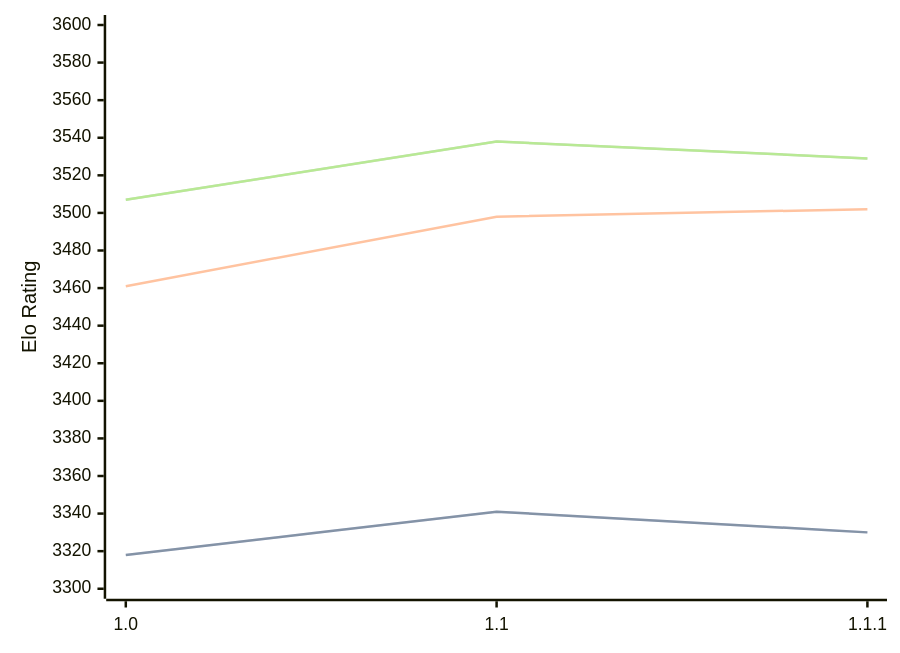
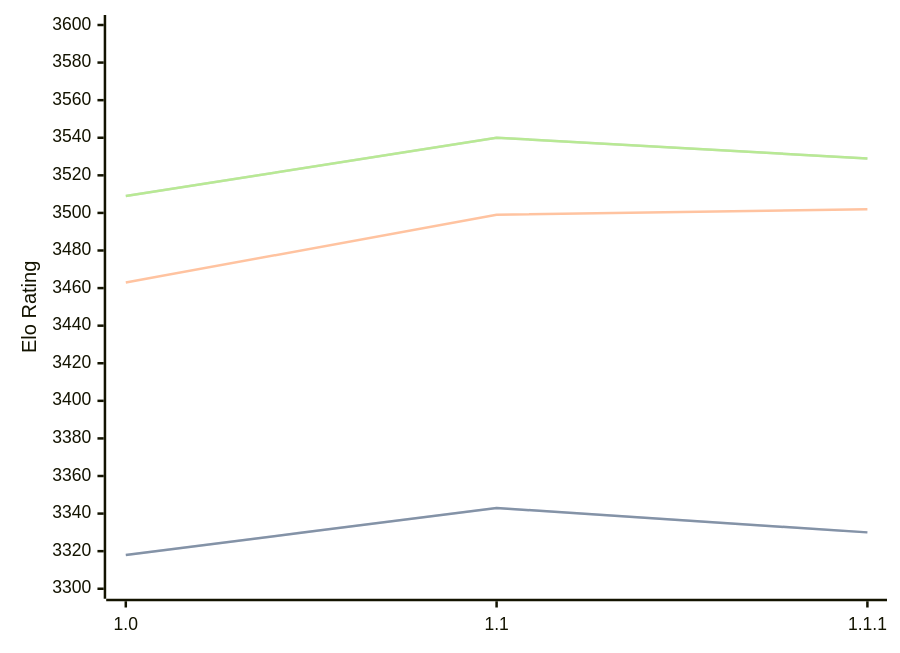
Before and after one commit to computer-chess-index/cci: the diagram in engines/Icarus.md, drawn with Mermaid. The commit also changed other lines of this file, not shown here.

Commit message:
Update CCI Ratings (ELO VLTC) - 2026-09-14

````diff
--- a/engines/Icarus.md
+++ b/engines/Icarus.md
@@ -33,11 +33,11 @@
 ```mermaid
 %%{init: {"theme":"base","themeVariables":{"seriesColors:['#a3a3a3','#222221','#faa371']}}}%%
 xychart-beta
   x-axis ["1.0", "1.1", "1.1.1"]
   y-axis "Elo Rating" 3300 --> 3600
-  line "" [3318, 3341, 3330]
-  line "STC (8.0+0.08s)" [3318, 3341, 3330]
-  line "LTC (60.0+0.60s)" [3461, 3498, 3502]
-  line "" [3507, 3538, 3529]
-  line "VLTC (2m24s+1.12s)" [3507, 3538, 3529]
+  line "" [3318, 3343, 3330]
+  line "STC (8.0+0.08s)" [3318, 3343, 3330]
+  line "LTC (60.0+0.60s)" [3463, 3499, 3502]
+  line "" [3509, 3540, 3529]
+  line "VLTC (2m24s+1.12s)" [3509, 3540, 3529]
 ```
````
